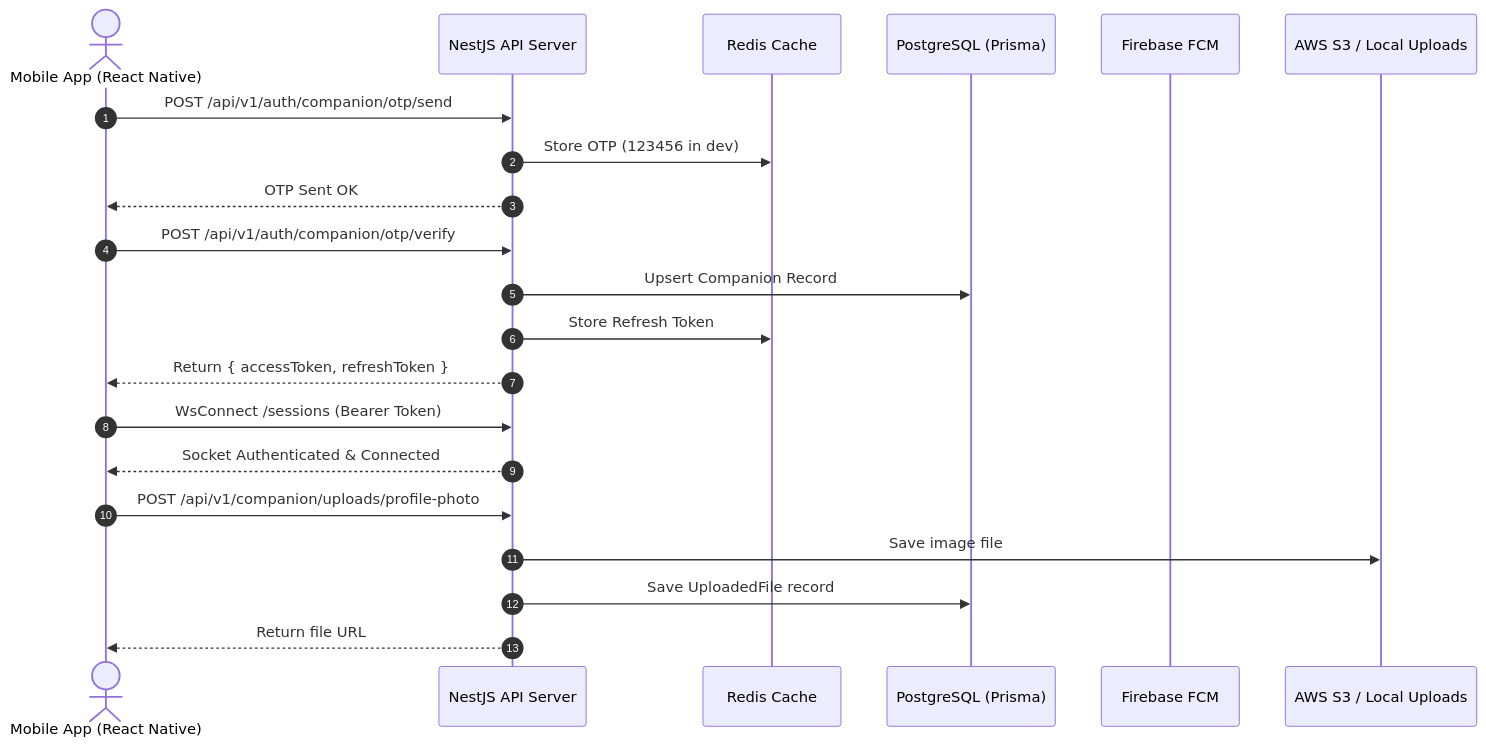
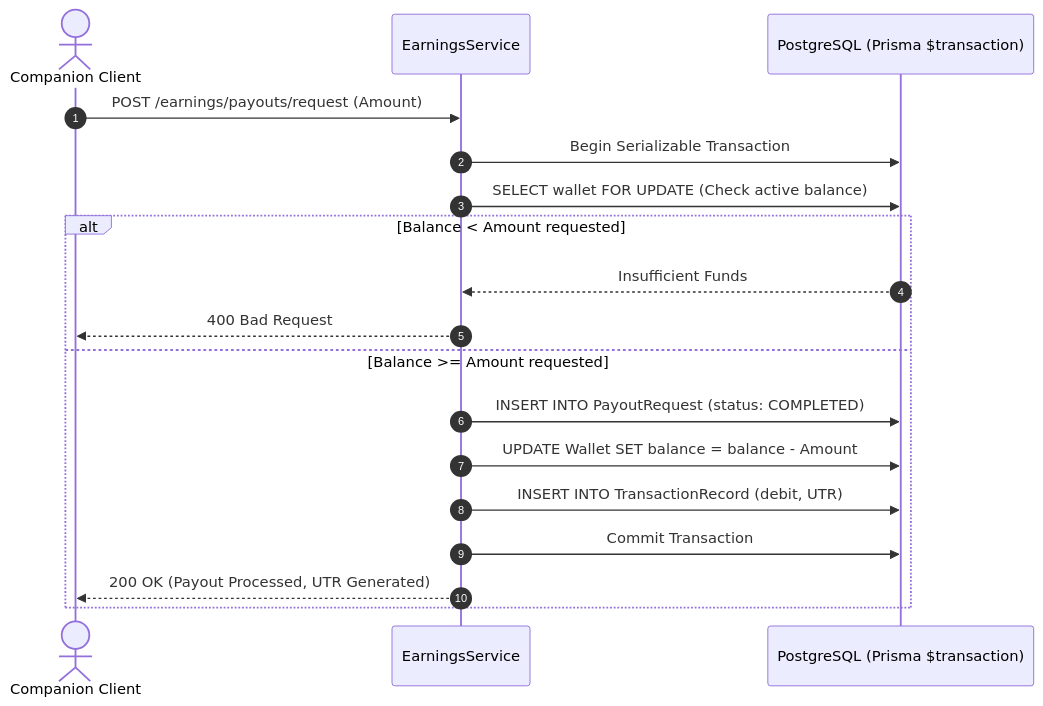
The third of 3 diagrams in README.md (CoBuddyHQ/CoBuddyCompanionBackend), drawn with Mermaid before and after one commit. The commit also changed other lines of this file, not shown here.

Commit message:
docs: add enterprise system design, state machines and API reference README

````diff
--- a/README.md
+++ b/README.md
@@ -86,27 +135,21 @@
 ```mermaid
 sequenceDiagram
     autonumber
-    actor Companion as Mobile App (React Native)
-    participant Nest as NestJS API Server
-    participant Redis as Redis Cache
-    participant DB as PostgreSQL (Prisma)
-    participant FCM as Firebase FCM
-    participant S3 as AWS S3 / Local Uploads
+    actor Companion as Companion Client
+    participant Service as EarningsService
+    participant DB as PostgreSQL (Prisma $transaction)
 
-    Companion->>Nest: POST /api/v1/auth/companion/otp/send
-    Nest->>Redis: Store OTP (123456 in dev)
-    Nest-->>Companion: OTP Sent OK
-
-    Companion->>Nest: POST /api/v1/auth/companion/otp/verify
-    Nest->>DB: Upsert Companion Record
-    Nest->>Redis: Store Refresh Token
-    Nest-->>Companion: Return { accessToken, refreshToken }
-
-    Companion->>Nest: WsConnect /sessions (Bearer Token)
-    Nest-->>Companion: Socket Authenticated & Connected
-
-    Companion->>Nest: POST /api/v1/companion/uploads/profile-photo
-    Nest->>S3: Save image file
-    Nest->>DB: Save UploadedFile record
-    Nest-->>Companion: Return file URL
+    Companion->>Service: POST /earnings/payouts/request (Amount)
+    Service->>DB: Begin Serializable Transaction
+    Service->>DB: SELECT wallet FOR UPDATE (Check active balance)
+    alt Balance < Amount requested
+        DB-->>Service: Insufficient Funds
+        Service-->>Companion: 400 Bad Request
+    else Balance >= Amount requested
+        Service->>DB: INSERT INTO PayoutRequest (status: COMPLETED)
+        Service->>DB: UPDATE Wallet SET balance = balance - Amount
+        Service->>DB: INSERT INTO TransactionRecord (debit, UTR)
+        Service->>DB: Commit Transaction
+        Service-->>Companion: 200 OK (Payout Processed, UTR Generated)
+    end
 ```
````
